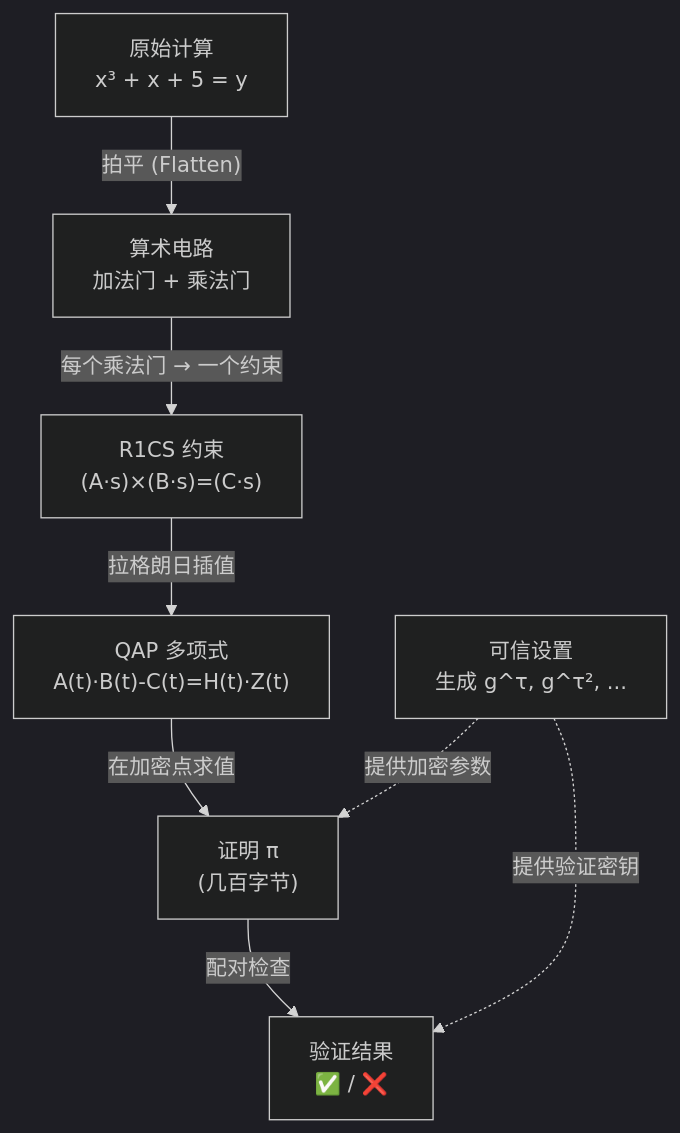
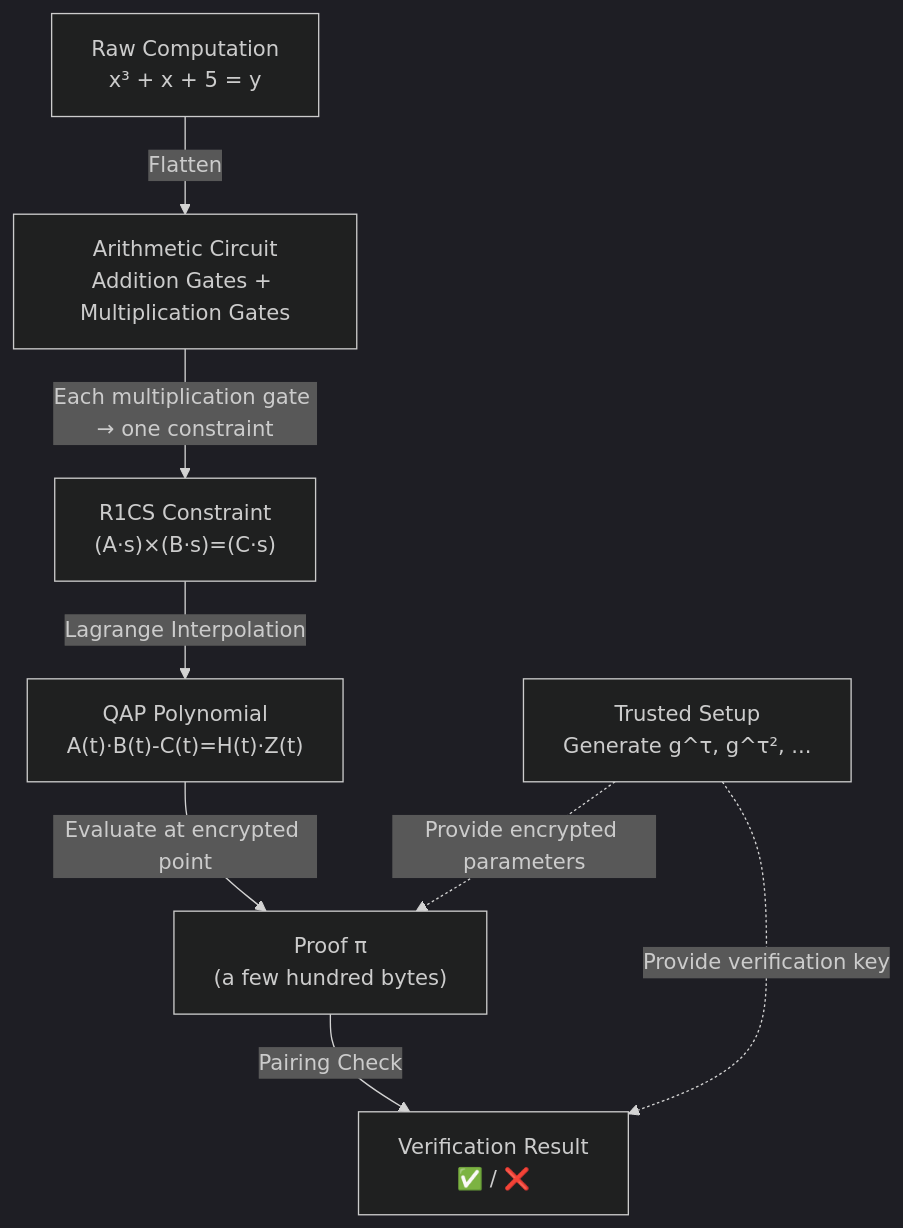
One commit to stars-labs/cryptograph-onboarding-trainning changed the second of 2 diagrams in docs/cryptography/zkp-deep-dive/04-proof-verification.mdx. Above: the diagram before and after it, drawn with Mermaid (dark theme). The commit also changed other lines of this file and 15 other files, not shown here.

````diff
--- a/docs/cryptography/zkp-deep-dive/04-proof-verification.mdx
+++ b/docs/cryptography/zkp-deep-dive/04-proof-verification.mdx
@@ -88,11 +88,11 @@
 ```mermaid
 flowchart TD
-    START["原始计算<br/>x³ + x + 5 = y"] -->|"拍平 (Flatten)"| CIRCUIT["算术电路<br/>加法门 + 乘法门"]
-    CIRCUIT -->|"每个乘法门 → 一个约束"| R1CS["R1CS 约束<br/>(A·s)×(B·s)=(C·s)"]
-    R1CS -->|"拉格朗日插值"| QAP["QAP 多项式<br/>A(t)·B(t)-C(t)=H(t)·Z(t)"]
-    QAP -->|"在加密点求值"| PROOF["证明 π<br/>(几百字节)"]
-    PROOF -->|"配对检查"| VERIFY["验证结果<br/>✅ / ❌"]
+    START["Raw Computation<br/>x³ + x + 5 = y"] -->|"Flatten"| CIRCUIT["Arithmetic Circuit<br/>Addition Gates + Multiplication Gates"]
+    CIRCUIT -->|"Each multiplication gate → one constraint"| R1CS["R1CS Constraint<br/>(A·s)×(B·s)=(C·s)"]
+    R1CS -->|"Lagrange Interpolation"| QAP["QAP Polynomial<br/>A(t)·B(t)-C(t)=H(t)·Z(t)"]
+    QAP -->|"Evaluate at encrypted point"| PROOF["Proof π<br/>(a few hundred bytes)"]
+    PROOF -->|"Pairing Check"| VERIFY["Verification Result<br/>✅ / ❌"]
 
-    SETUP["可信设置<br/>生成 g^τ, g^τ², ..."] -.->|"提供加密参数"| PROOF
-    SETUP -.->|"提供验证密钥"| VERIFY
+    SETUP["Trusted Setup<br/>Generate g^τ, g^τ², ..."] -.->|"Provide encrypted parameters"| PROOF
+    SETUP -.->|"Provide verification key"| VERIFY
 ```
````
